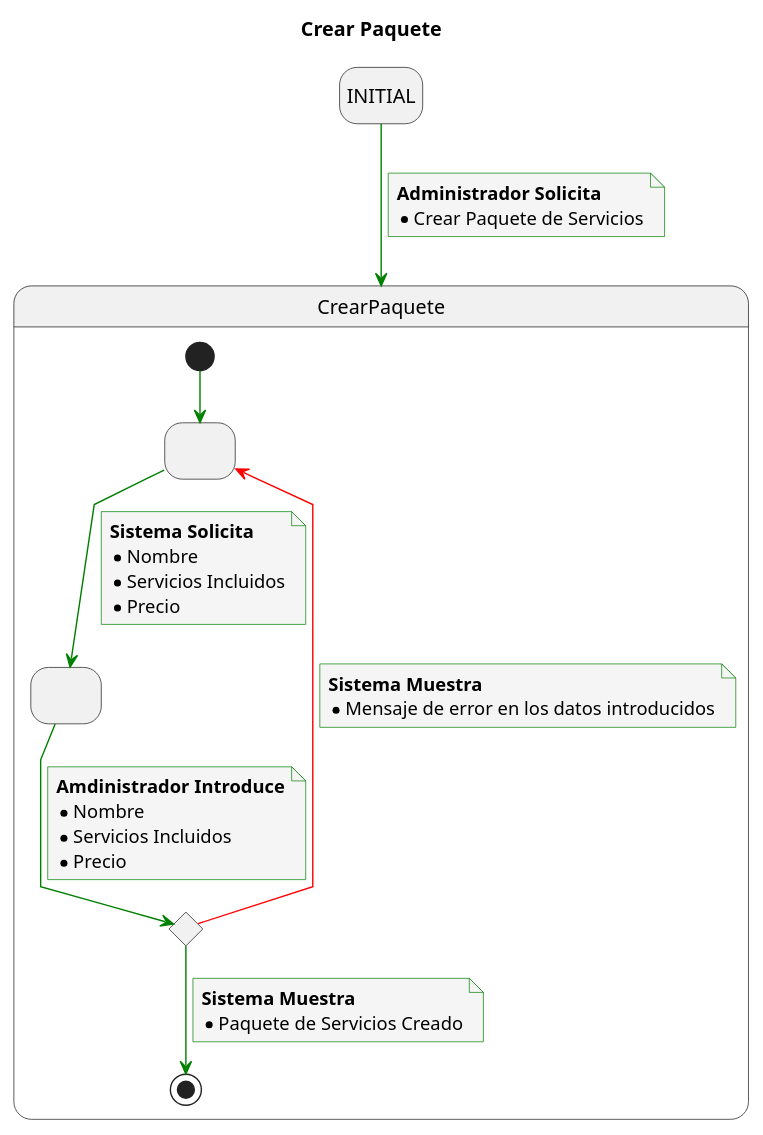
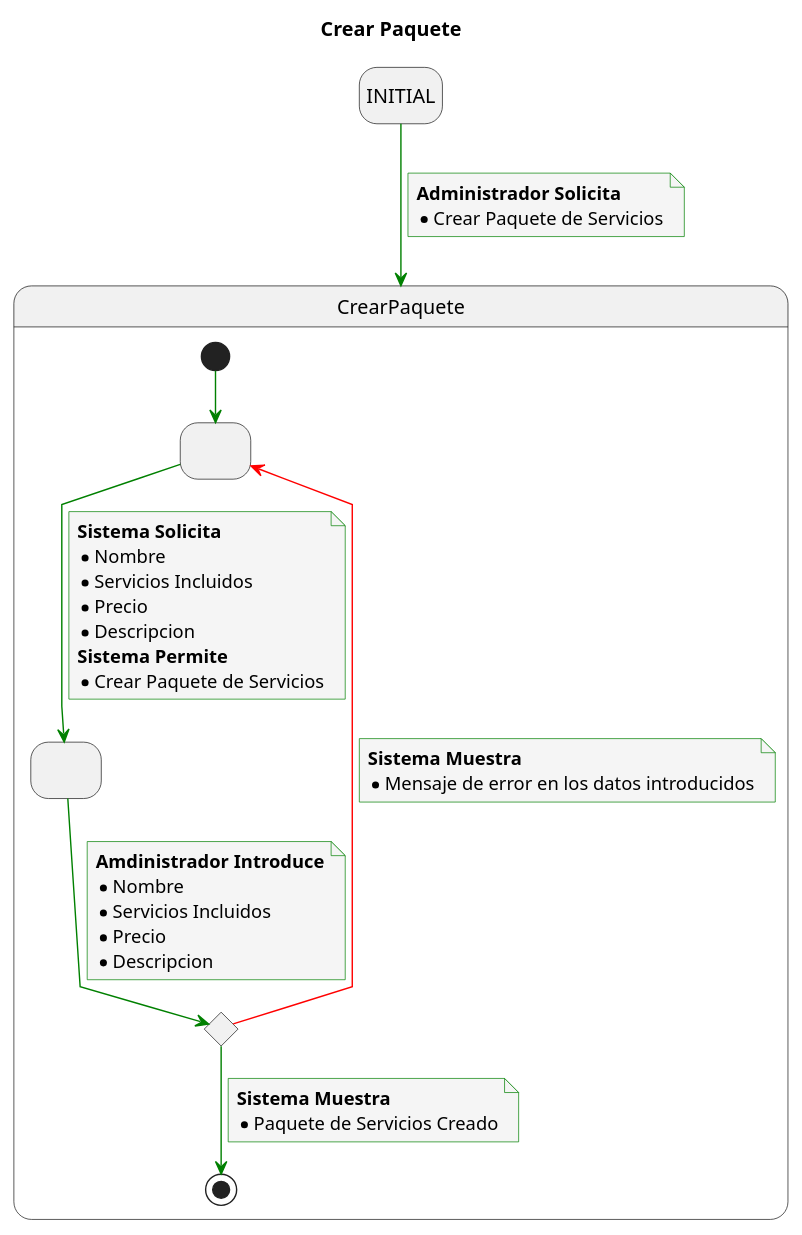
Before and after one commit to mmasias/23-24-IdSw1-SDR: the diagram in Caso_de_Uso/Casos_de_Uso/Administrador/CRUD_Paquetes_De_Servicio_Detallados/Crear_Paquete/CrearPaquete.puml, drawn with PlantUML. The commit also changed 8 other files, not shown here.

```diff
--- a/Caso_de_Uso/Casos_de_Uso/Administrador/CRUD_Paquetes_De_Servicio_Detallados/Crear_Paquete/CrearPaquete.puml
+++ b/Caso_de_Uso/Casos_de_Uso/Administrador/CRUD_Paquetes_De_Servicio_Detallados/Crear_Paquete/CrearPaquete.puml
@@ -1,59 +1,63 @@
 @startuml
 
 title Crear Paquete
 
 skinparam {
     NoteBackgroundColor #whiteSmoke
     ArrowColor #green
     NoteBorderColor #green
     linetype polyline
 }
 
 hide empty description
 
 state startState as "INITIAL"
 
 startState --> CrearPaquete
 note on link
     <b>Administrador Solicita</b>
     * Crear Paquete de Servicios
 end note
 
 state CrearPaquete{
 state 2 as " "
 state 3 as " "
 state 4 <<choice>>
 
 [*] -down-> 2
 
 2 -down-> 3
 note on link
 <b>Sistema Solicita</b>
 * Nombre
 * Servicios Incluidos
 * Precio
+* Descripcion
+<b>Sistema Permite</b>
+* Crear Paquete de Servicios
 end note
 
 3 -down-> 4
 note on link
 <b>Amdinistrador Introduce</b>
 * Nombre
 * Servicios Incluidos
-* Precio 
+* Precio
+* Descripcion
 end note
 
 4 -down-> [*]
 note on link
 <b>Sistema Muestra</b>
 * Paquete de Servicios Creado
 end note
 
 4 -[#red]-> 2
 note on link
 <b>Sistema Muestra</b>
 * Mensaje de error en los datos introducidos
 end note
 
 }
 
 @enduml
```
